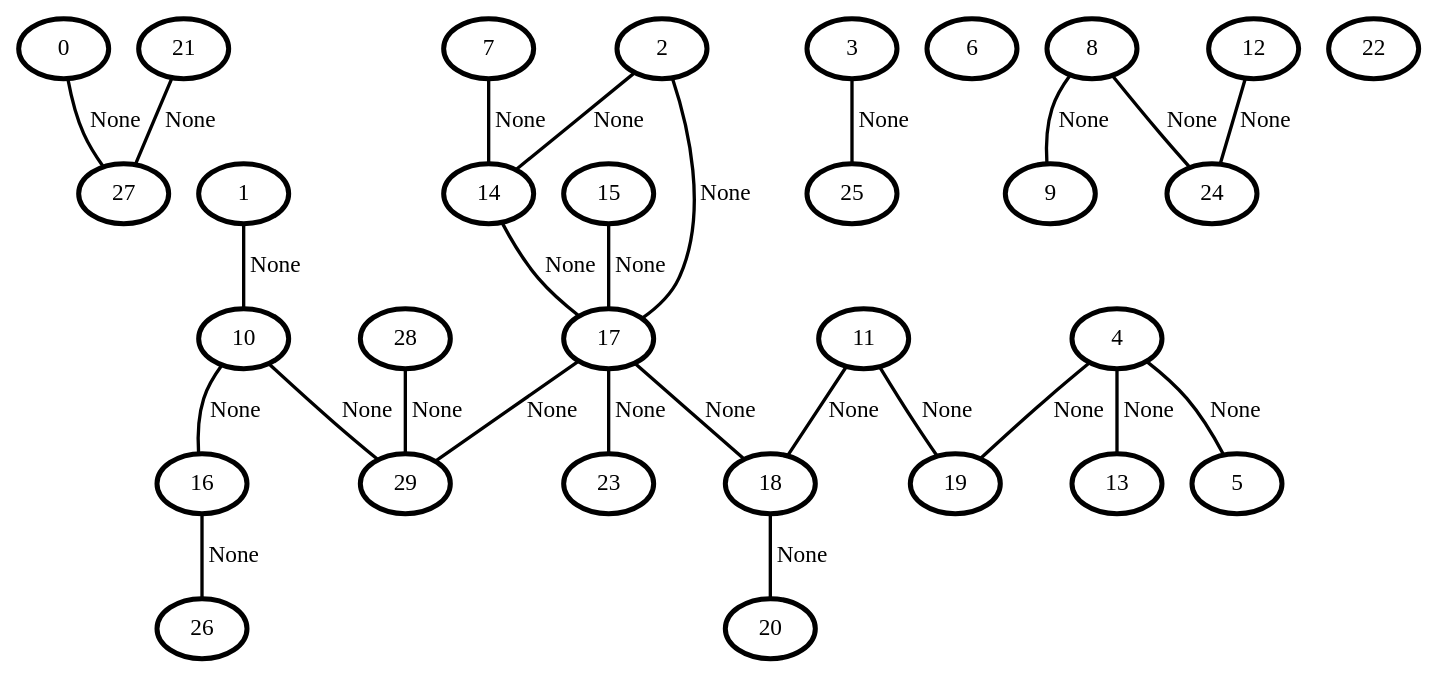
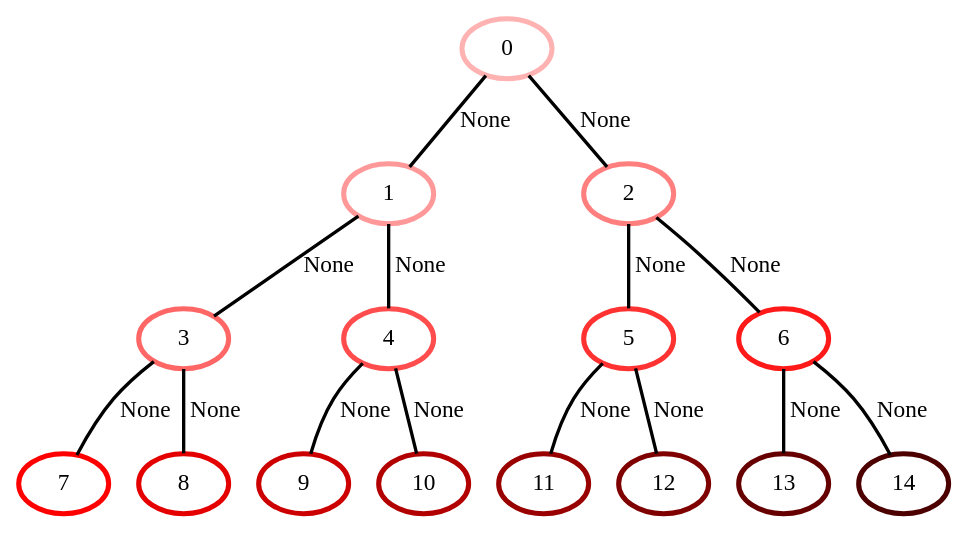
One commit to ManuelWackerle/GraphTheory changed the diagram in Graphs/mygraph.dot. Above: the diagram before and after it, drawn with Graphviz. The commit also changed 23 other files, not shown here.

```diff
--- a/Graphs/mygraph.dot
+++ b/Graphs/mygraph.dot
@@ -1,58 +1,32 @@
 graph G {
-    0 [penwidth=3,label="0"]
-    1 [penwidth=3,label="1"]
-    2 [penwidth=3,label="2"]
-    3 [penwidth=3,label="3"]
-    4 [penwidth=3,label="4"]
-    5 [penwidth=3,label="5"]
-    6 [penwidth=3,label="6"]
-    7 [penwidth=3,label="7"]
-    8 [penwidth=3,label="8"]
-    9 [penwidth=3,label="9"]
-    10 [penwidth=3,label="10"]
-    11 [penwidth=3,label="11"]
-    12 [penwidth=3,label="12"]
-    13 [penwidth=3,label="13"]
-    14 [penwidth=3,label="14"]
-    15 [penwidth=3,label="15"]
-    16 [penwidth=3,label="16"]
-    17 [penwidth=3,label="17"]
-    18 [penwidth=3,label="18"]
-    19 [penwidth=3,label="19"]
-    20 [penwidth=3,label="20"]
-    21 [penwidth=3,label="21"]
-    22 [penwidth=3,label="22"]
-    23 [penwidth=3,label="23"]
-    24 [penwidth=3,label="24"]
-    25 [penwidth=3,label="25"]
-    26 [penwidth=3,label="26"]
-    27 [penwidth=3,label="27"]
-    28 [penwidth=3,label="28"]
-    29 [penwidth=3,label="29"]
+    0 [penwidth=3,label="0",color="#ffb2b2"]
+    1 [penwidth=3,label="1",color="#ff9999"]
+    2 [penwidth=3,label="2",color="#ff7f7f"]
+    3 [penwidth=3,label="3",color="#ff6666"]
+    4 [penwidth=3,label="4",color="#ff4c4c"]
+    5 [penwidth=3,label="5",color="#ff3232"]
+    6 [penwidth=3,label="6",color="#ff1919"]
+    7 [penwidth=3,label="7",color="#ff0000"]
+    8 [penwidth=3,label="8",color="#e50000"]
+    9 [penwidth=3,label="9",color="#cc0000"]
+    10 [penwidth=3,label="10",color="#b20000"]
+    11 [penwidth=3,label="11",color="#990000"]
+    12 [penwidth=3,label="12",color="#7f0000"]
+    13 [penwidth=3,label="13",color="# 660000"]
+    14 [penwidth=3,label="14",color="# 4c0000"]
 
-    0--27 [penwidth=2,label="None"]
-    1--10 [penwidth=2,label="None"]
-    2--14 [penwidth=2,label="None"]
-    2--17 [penwidth=2,label="None"]
-    3--25 [penwidth=2,label="None"]
-    4--5 [penwidth=2,label="None"]
-    4--13 [penwidth=2,label="None"]
-    4--19 [penwidth=2,label="None"]
-    7--14 [penwidth=2,label="None"]
-    8--9 [penwidth=2,label="None"]
-    8--24 [penwidth=2,label="None"]
-    10--16 [penwidth=2,label="None"]
-    10--29 [penwidth=2,label="None"]
-    11--18 [penwidth=2,label="None"]
-    11--19 [penwidth=2,label="None"]
-    12--24 [penwidth=2,label="None"]
-    14--17 [penwidth=2,label="None"]
-    15--17 [penwidth=2,label="None"]
-    16--26 [penwidth=2,label="None"]
-    17--18 [penwidth=2,label="None"]
-    17--23 [penwidth=2,label="None"]
-    17--29 [penwidth=2,label="None"]
-    18--20 [penwidth=2,label="None"]
-    21--27 [penwidth=2,label="None"]
-    28--29 [penwidth=2,label="None"]
+    0--1 [penwidth=2,label="None"]
+    0--2 [penwidth=2,label="None"]
+    1--3 [penwidth=2,label="None"]
+    1--4 [penwidth=2,label="None"]
+    2--5 [penwidth=2,label="None"]
+    2--6 [penwidth=2,label="None"]
+    3--7 [penwidth=2,label="None"]
+    3--8 [penwidth=2,label="None"]
+    4--9 [penwidth=2,label="None"]
+    4--10 [penwidth=2,label="None"]
+    5--11 [penwidth=2,label="None"]
+    5--12 [penwidth=2,label="None"]
+    6--13 [penwidth=2,label="None"]
+    6--14 [penwidth=2,label="None"]
 }
```
